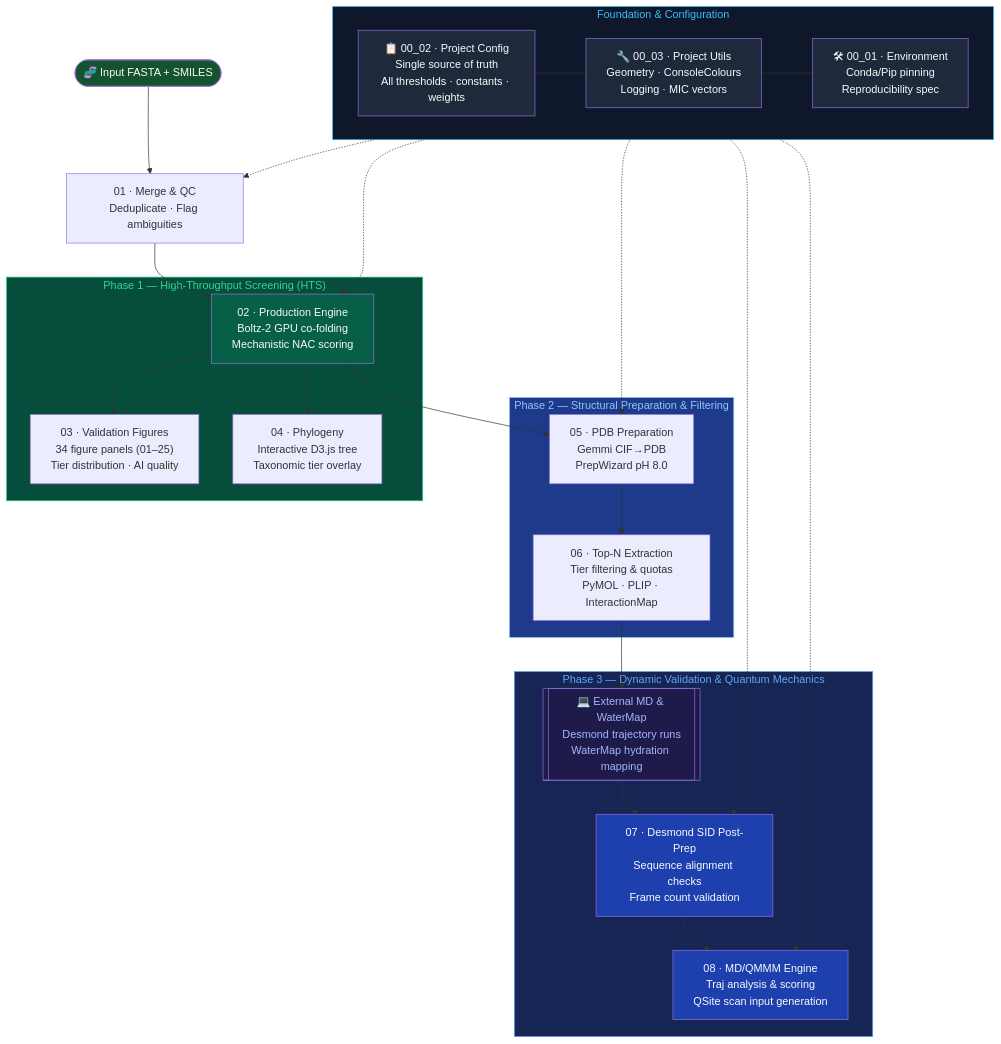
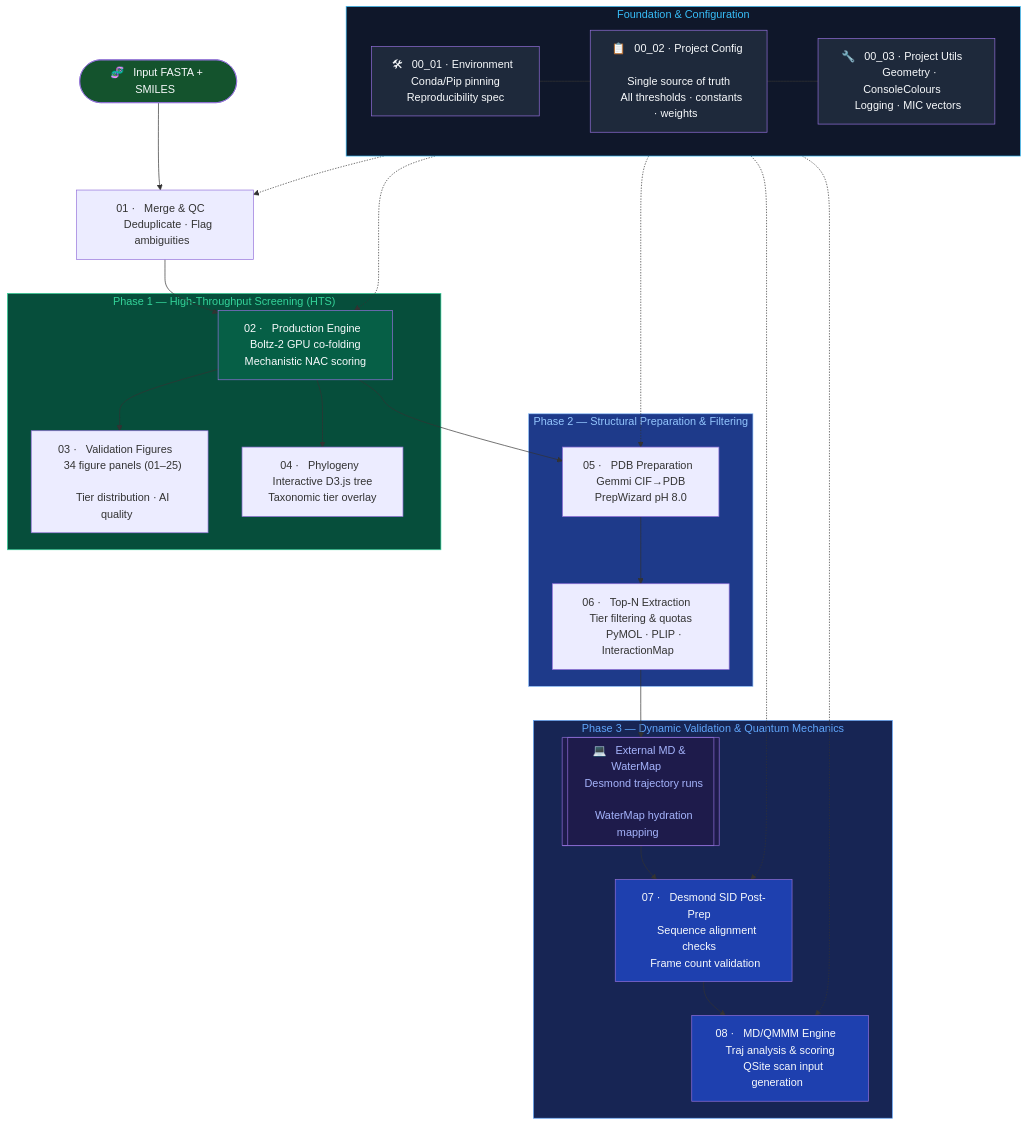
Before and after one commit to KU-MGB/DeFluorX: the diagram in README.md, drawn with Mermaid. The commit also changed other lines of this file and 1 other file, not shown here.

Commit message:
[2026-06-10 16:16:12] fix: readme fix

````diff
--- a/README.md
+++ b/README.md
@@ -179,57 +179,57 @@
 ```mermaid
 flowchart TD
     subgraph FOUNDATION["  Foundation & Configuration  "]
-        CFG["📋 00_02 · Project Config\nSingle source of truth\nAll thresholds · constants · weights"]
-        UTL["🔧 00_03 · Project Utils\nGeometry · ConsoleColours\nLogging · MIC vectors"]
-        ENV["🛠 00_01 · Environment\nConda/Pip pinning\nReproducibility spec"]
-        CFG --- UTL --- ENV
+        ENV["🛠 &nbsp; 00_01 · Environment &nbsp; \n &nbsp; Conda/Pip pinning &nbsp; \n &nbsp; Reproducibility spec &nbsp; "]
+        CFG["📋 &nbsp; 00_02 · Project Config &nbsp; \n &nbsp; Single source of truth &nbsp; \n &nbsp; All thresholds · constants · weights &nbsp; "]
+        UTL["🔧 &nbsp; 00_03 · Project Utils &nbsp; \n &nbsp; Geometry · ConsoleColours &nbsp; \n &nbsp; Logging · MIC vectors &nbsp; "]
+        ENV --- CFG --- UTL
     end
 
-    START([🧬 Input FASTA + SMILES]) --> M1
-    M1["01 · Merge & QC\nDeduplicate · Flag ambiguities"] --> M2
+    START([🧬 &nbsp; Input FASTA + SMILES &nbsp;]) --> M1
+    M1["01 · &nbsp; Merge & QC &nbsp; \n &nbsp; Deduplicate · Flag ambiguities &nbsp; "] --> M2
 
     subgraph PHASE1["  Phase 1 — High-Throughput Screening (HTS)  "]
-        M2["02 · Production Engine\nBoltz-2 GPU co-folding\nMechanistic NAC scoring"]
-        M3["03 · Validation Figures\n34 figure panels (01–25)\nTier distribution · AI quality"]
-        M4["04 · Phylogeny\nInteractive D3.js tree\nTaxonomic tier overlay"]
+        M2["02 · &nbsp; Production Engine &nbsp; \n &nbsp; Boltz-2 GPU co-folding &nbsp; \n &nbsp; Mechanistic NAC scoring &nbsp; "]
+        M3["03 · &nbsp; Validation Figures &nbsp; \n &nbsp; 34 figure panels (01–25) &nbsp; \n &nbsp; Tier distribution · AI quality &nbsp; "]
+        M4["04 · &nbsp; Phylogeny &nbsp; \n &nbsp; Interactive D3.js tree &nbsp; \n &nbsp; Taxonomic tier overlay &nbsp; "]
         M2 --> M3
         M2 --> M4
     end
 
     M2 --> M5
 
     subgraph PHASE2["  Phase 2 — Structural Preparation & Filtering  "]
-        M5["05 · PDB Preparation\nGemmi CIF→PDB\nPrepWizard pH 8.0"]
-        M6["06 · Top-N Extraction\nTier filtering & quotas\nPyMOL · PLIP · InteractionMap"]
+        M5["05 · &nbsp; PDB Preparation &nbsp; \n &nbsp; Gemmi CIF→PDB &nbsp; \n &nbsp; PrepWizard pH 8.0 &nbsp; "]
+        M6["06 · &nbsp; Top-N Extraction &nbsp; \n &nbsp; Tier filtering & quotas &nbsp; \n &nbsp; PyMOL · PLIP · InteractionMap &nbsp; "]
         M5 --> M6
     end
 
     M6 --> EXT_MD
 
     subgraph PHASE3["  Phase 3 — Dynamic Validation & Quantum Mechanics  "]
-        EXT_MD[["💻 External MD & WaterMap\nDesmond trajectory runs\nWaterMap hydration mapping"]]
-        M7["07 · Desmond SID Post-Prep\nSequence alignment checks\nFrame count validation"]
-        M8["08 · MD/QMMM Engine\nTraj analysis & scoring\nQSite scan input generation"]
+        EXT_MD[["💻 &nbsp; External MD & WaterMap &nbsp; \n &nbsp; Desmond trajectory runs &nbsp; \n &nbsp; WaterMap hydration mapping &nbsp;"]]
+        M7["07 · &nbsp; Desmond SID Post-Prep &nbsp; \n &nbsp; Sequence alignment checks &nbsp; \n &nbsp; Frame count validation &nbsp; "]
+        M8["08 · &nbsp; MD/QMMM Engine &nbsp; \n &nbsp; Traj analysis & scoring &nbsp; \n &nbsp; QSite scan input generation &nbsp; "]
         EXT_MD --> M7 --> M8
     end
 
     %% Dependencies
     FOUNDATION -.-> M1
     FOUNDATION -.-> M2
     FOUNDATION -.-> M5
     FOUNDATION -.-> M7
     FOUNDATION -.-> M8
 
     style FOUNDATION fill:#0f172a,color:#38bdf8,stroke:#38bdf8
     style CFG fill:#1e293b,color:#f8fafc
     style UTL fill:#1e293b,color:#f8fafc
     style ENV fill:#1e293b,color:#f8fafc
     style PHASE1 fill:#064e3b,color:#34d399,stroke:#34d399
     style PHASE2 fill:#1e3a8a,color:#93c5fd,stroke:#93c5fd
     style PHASE3 fill:#172554,color:#60a5fa,stroke:#60a5fa
     style M2 fill:#065f46,color:#f8fafc
     style M7 fill:#1e40af,color:#f8fafc
     style M8 fill:#1e40af,color:#f8fafc
     style START fill:#14532d,color:#f8fafc
     style EXT_MD fill:#1e1b4b,color:#a5b4fc
 ```
````
